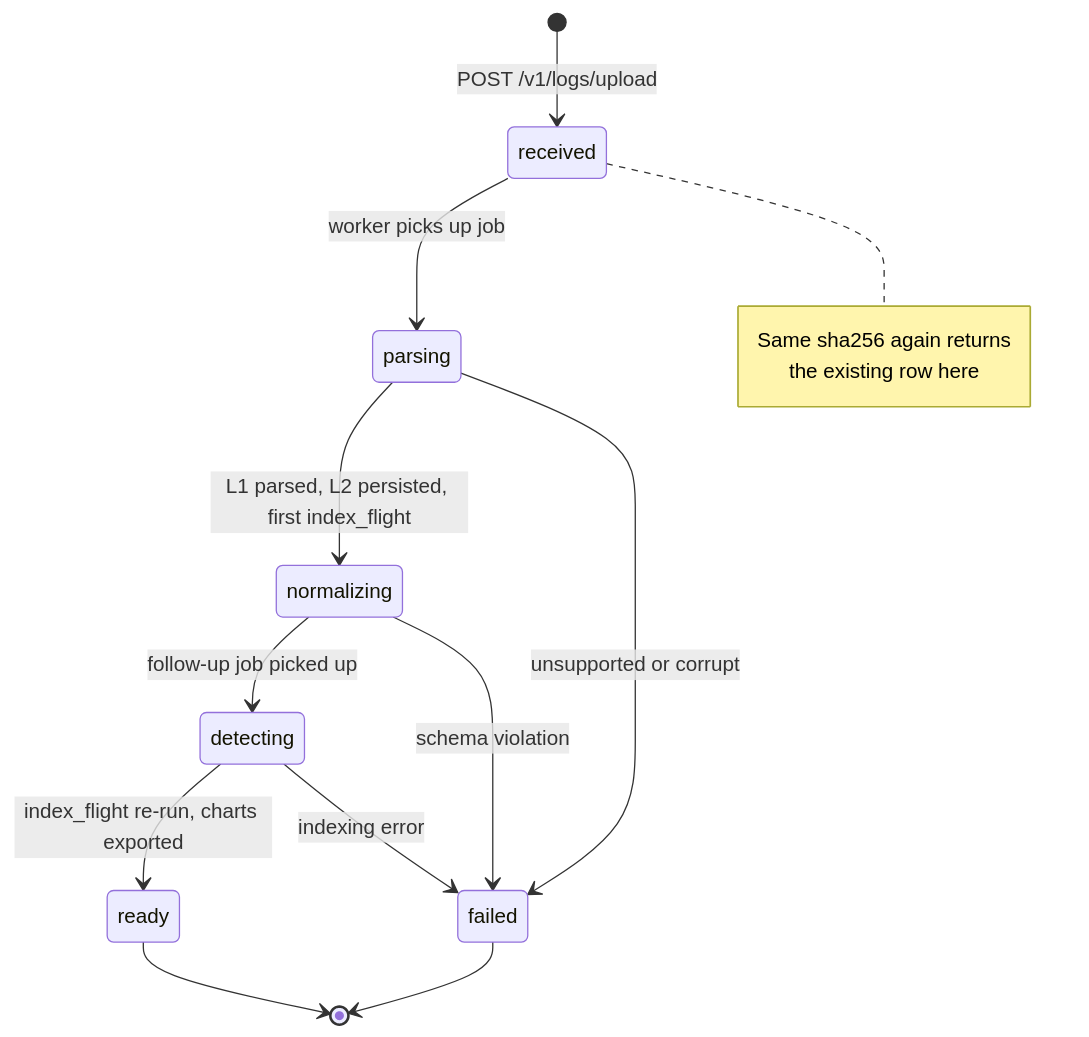
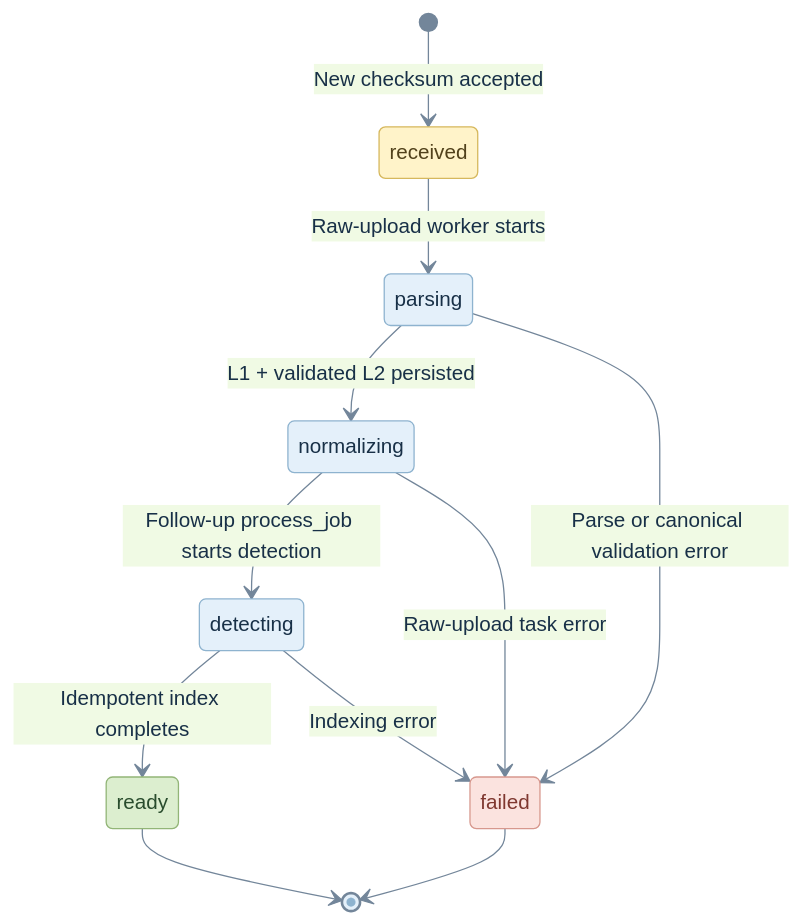
Before and after one commit to Sea1vester/WISL-Singapore-Defence-Tech-Hackathon: the sixth of 6 diagrams in docs/architecture-uml.md, drawn with Mermaid. The commit also changed other lines of this file and 8 other files, not shown here.

First line of the commit message:
Make architecture diagrams readable directly on GitHub

````diff
--- a/docs/architecture-uml.md
+++ b/docs/architecture-uml.md
@@ -223,17 +321,23 @@
 ```mermaid
+%%{init: {"theme":"base","themeCSS":"text { font-family: Arial, sans-serif !important; }","themeVariables":{"fontFamily":"Arial, sans-serif","primaryColor":"#e4f0fa","primaryTextColor":"#183047","primaryBorderColor":"#8eb3cf","lineColor":"#73869a","tertiaryColor":"#f4f8fc"}}}%%
 stateDiagram-v2
-    [*] --> received : POST /v1/logs/upload
-    received --> parsing : worker picks up job
-    parsing --> normalizing : L1 parsed, L2 persisted, first index_flight
-    normalizing --> detecting : follow-up job picked up
-    detecting --> ready : index_flight re-run, charts exported
-    detecting --> failed : indexing error
-    parsing --> failed : unsupported or corrupt
-    normalizing --> failed : schema violation
+    [*] --> received : New checksum accepted
+    received --> parsing : Raw-upload worker starts
+    parsing --> normalizing : L1 + validated L2 persisted
+    normalizing --> detecting : Follow-up process_job starts detection
+    detecting --> ready : Idempotent index completes
+    detecting --> failed : Indexing error
+    parsing --> failed : Parse or canonical validation error
+    normalizing --> failed : Raw-upload task error
     ready --> [*]
     failed --> [*]
-    note right of received
-        Same sha256 again returns
-        the existing row here
-    end note
+
+    classDef receipt fill:#fff3c9,stroke:#d6b85d,color:#51411b
+    classDef processing fill:#e4f0fa,stroke:#8eb3cf,color:#183047
+    classDef success fill:#dceecf,stroke:#92b577,color:#294c2d
+    classDef failure fill:#fbe3df,stroke:#d7988e,color:#7f3830
+    class received receipt
+    class parsing,normalizing,detecting processing
+    class ready success
+    class failed failure
 ```
````
